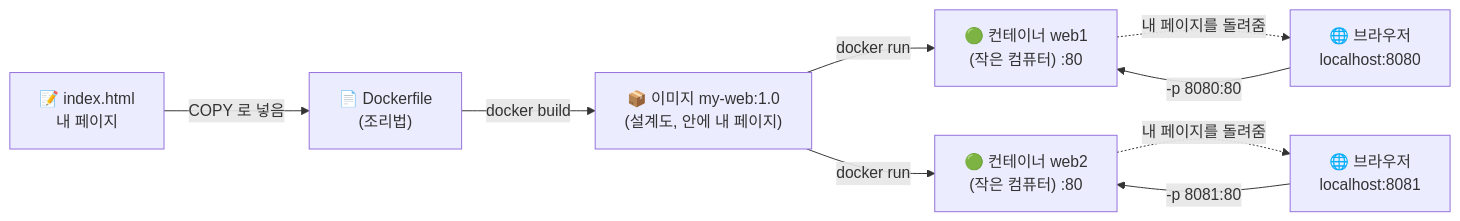
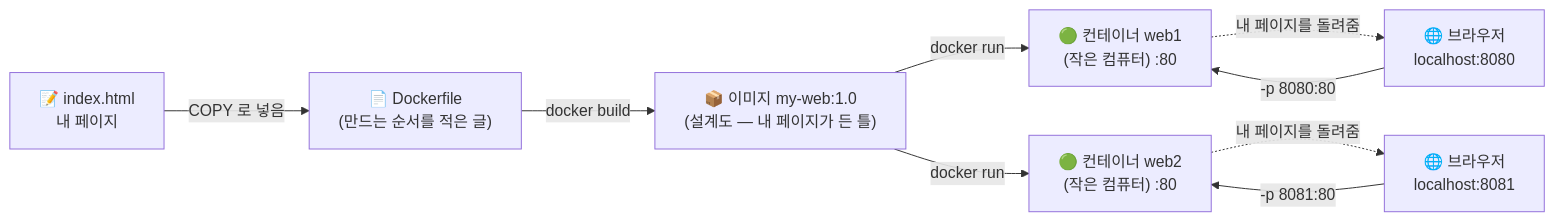
The diagram in README.md (011cyon-dot/ia-codyssey), drawn with Mermaid before and after one commit. The commit also changed 1 other file, not shown here.

Commit message:
E1-1: 그림의 '조리법' 비유를 쉬운 말로

````diff
--- a/README.md
+++ b/README.md
@@ -42,11 +42,11 @@
 ```mermaid
 flowchart LR
-    H["📝 index.html<br/>내 페이지"] -->|"COPY 로 넣음"| A["📄 Dockerfile<br/>(조리법)"]
-    A -->|docker build| B["📦 이미지 my-web:1.0<br/>(설계도, 안에 내 페이지)"]
+    H["📝 index.html<br/>내 페이지"] -->|"COPY 로 넣음"| A["📄 Dockerfile<br/>(만드는 순서를 적은 글)"]
+    A -->|docker build| B["📦 이미지 my-web:1.0<br/>(설계도 — 내 페이지가 든 틀)"]
     B -->|docker run| C["🟢 컨테이너 web1<br/>(작은 컴퓨터) :80"]
     B -->|docker run| D["🟢 컨테이너 web2<br/>(작은 컴퓨터) :80"]
     E["🌐 브라우저<br/>localhost:8080"] -->|"-p 8080:80"| C
     F["🌐 브라우저<br/>localhost:8081"] -->|"-p 8081:80"| D
     C -.->|"내 페이지를 돌려줌"| E
     D -.->|"내 페이지를 돌려줌"| F
 ```
````
